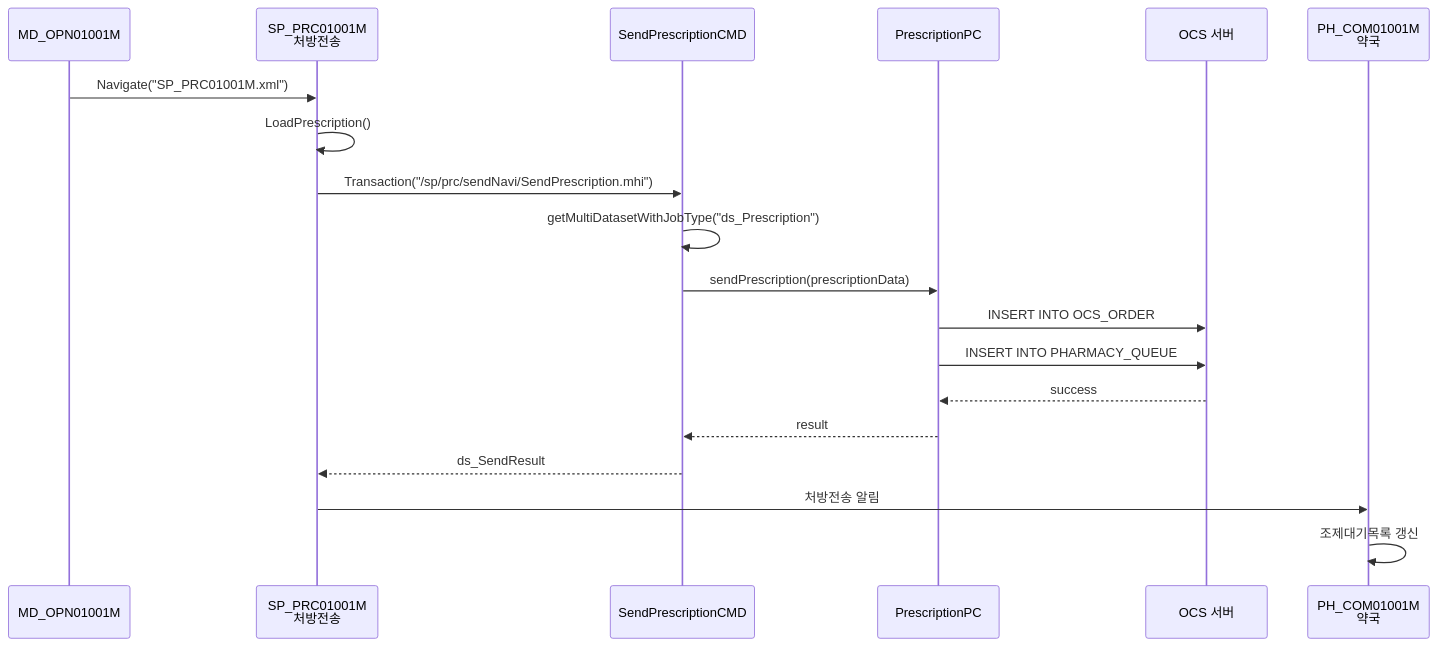
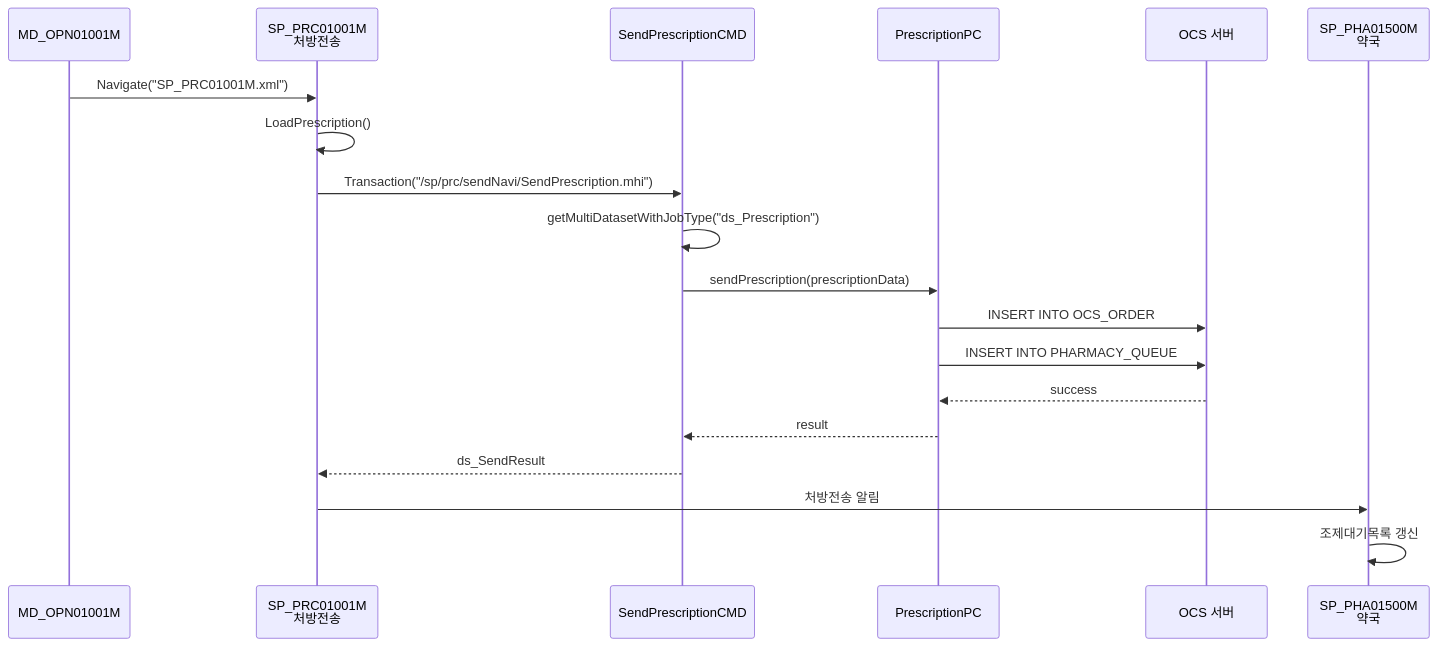
Before and after one commit to forsylph/nph: the seventh of 10 diagrams in patient-journey-simulation.md, drawn with Mermaid. The commit also changed other lines of this file and 2 other files, not shown here.

````diff
--- a/patient-journey-simulation.md
+++ b/patient-journey-simulation.md
@@ -717,22 +721,22 @@
 ```mermaid
 sequenceDiagram
     participant MD as MD_OPN01001M
     participant SP as SP_PRC01001M<br/>처방전송
     participant CMD as SendPrescriptionCMD
     participant PC as PrescriptionPC
     participant OCS as OCS 서버
-    participant PH as PH_COM01001M<br/>약국
+    participant PH as SP_PHA01500M<br/>약국
 
     MD->>SP: Navigate("SP_PRC01001M.xml")
     SP->>SP: LoadPrescription()
     SP->>CMD: Transaction("/sp/prc/sendNavi/SendPrescription.mhi")
     CMD->>CMD: getMultiDatasetWithJobType("ds_Prescription")
     CMD->>PC: sendPrescription(prescriptionData)
     PC->>OCS: INSERT INTO OCS_ORDER
     PC->>OCS: INSERT INTO PHARMACY_QUEUE
     OCS-->>PC: success
     PC-->>CMD: result
     CMD-->>SP: ds_SendResult
     SP->>PH: 처방전송 알림
     PH->>PH: 조제대기목록 갱신
 ```
````
